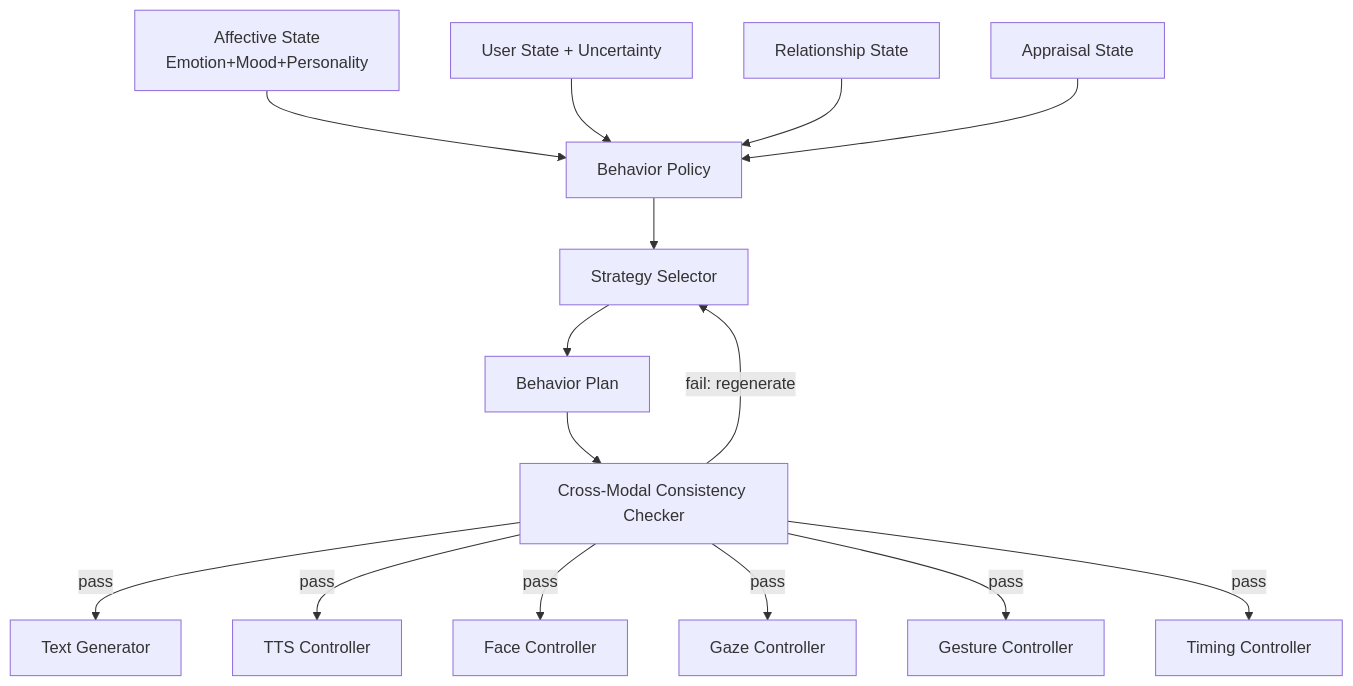
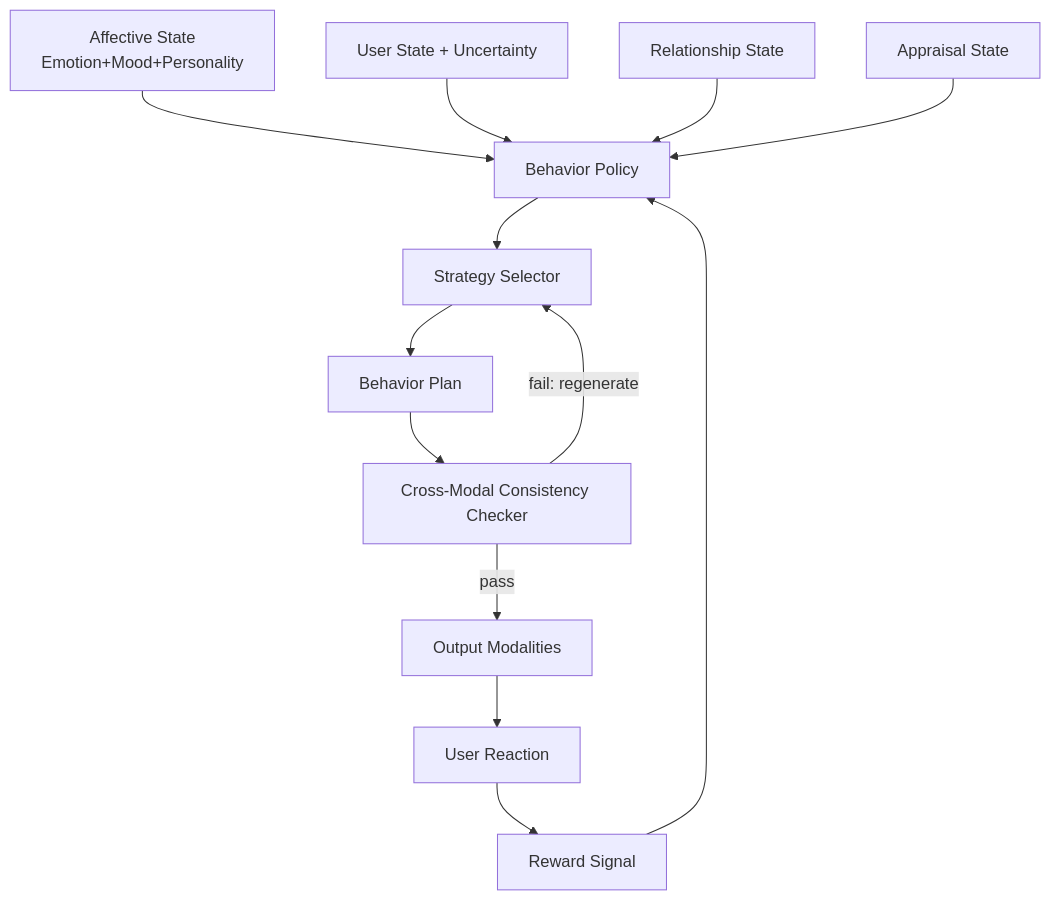
Before and after one commit to ankushkumar14092-dot/EVIORA: the fifth of 13 diagrams in architeqture.md, drawn with Mermaid. The commit also changed other lines of this file, not shown here.

````diff
--- a/architeqture.md
+++ b/architeqture.md
@@ -1364,17 +1394,15 @@
 ```mermaid
 graph TD
     AS[Affective State\nEmotion+Mood+Personality] --> BPOL[Behavior Policy]
     US[User State + Uncertainty] --> BPOL
     REL[Relationship State] --> BPOL
     APP[Appraisal State] --> BPOL
     BPOL --> STRAT[Strategy Selector]
     STRAT --> PLAN[Behavior Plan]
     PLAN --> CMC[Cross-Modal Consistency Checker]
-    CMC --> |pass| TXT[Text Generator]
-    CMC --> |pass| TTS[TTS Controller]
-    CMC --> |pass| FACE[Face Controller]
-    CMC --> |pass| GAZE[Gaze Controller]
-    CMC --> |pass| GEST[Gesture Controller]
-    CMC --> |pass| TIME[Timing Controller]
+    CMC --> |pass| OUT[Output Modalities]
     CMC --> |fail: regenerate| STRAT
+    OUT --> REACT[User Reaction]
+    REACT --> REWARD[Reward Signal]
+    REWARD --> BPOL
 ```
````
